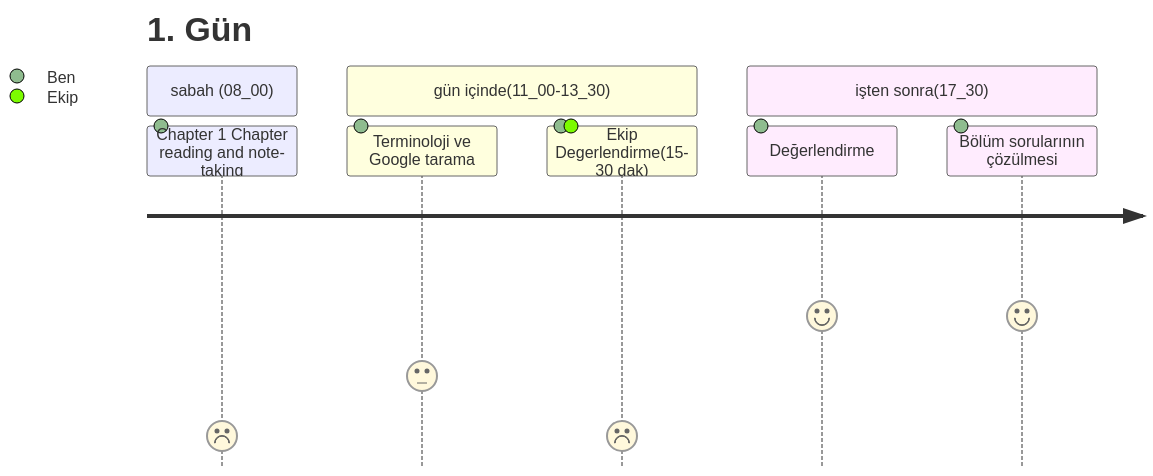
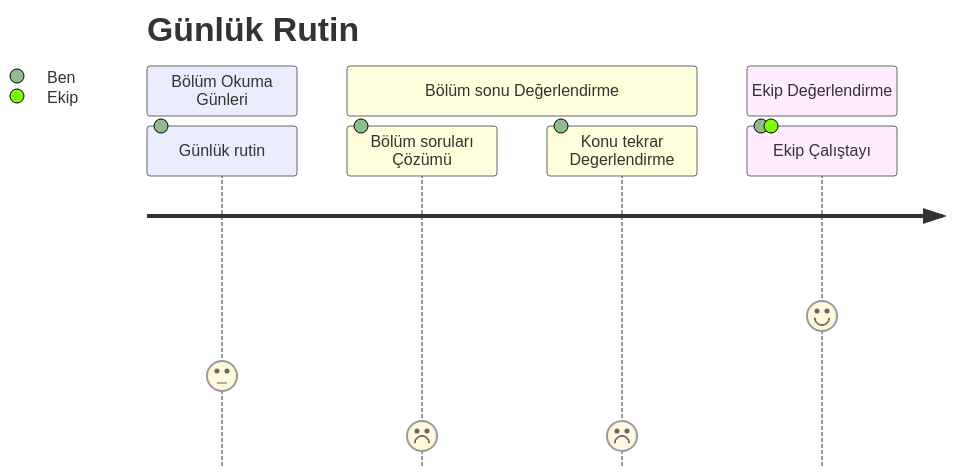
The second of 2 diagrams in slides/3.hafta1.md (alphana/isaqb-cpsa-self-study), drawn with Mermaid before and after one commit. The commit also changed other lines of this file and 4 other files, not shown here.

````diff
--- a/slides/3.hafta1.md
+++ b/slides/3.hafta1.md
@@ -57,13 +50,12 @@
 ```mermaid
  journey
-    title 1. Gün
-    section sabah (08_00)
-      Chapter 1 Chapter reading and note-taking : 1: Ben
-    section gün içinde(11_00-13_30)
-      Terminoloji ve Google tarama : 3: Ben 
-      Ekip Degerlendirme(15-30 dak) : 1: Ben, Ekip
-    section işten sonra(17_30)
-      Değerlendirme : 5: Ben
-      Bölüm sorularının çözülmesi : 5: Ben
+    title Günlük Rutin
+    section Bölüm Okuma Günleri
+      Günlük rutin : 3: Ben
+    section Bölüm sonu Değerlendirme
+      Bölüm soruları Çözümü : 1: Ben
+      Konu tekrar Degerlendirme : 1: Ben
+    section Ekip Değerlendirme
+      Ekip Çalıştayı : 5: Ben , Ekip
 
 ```
````
